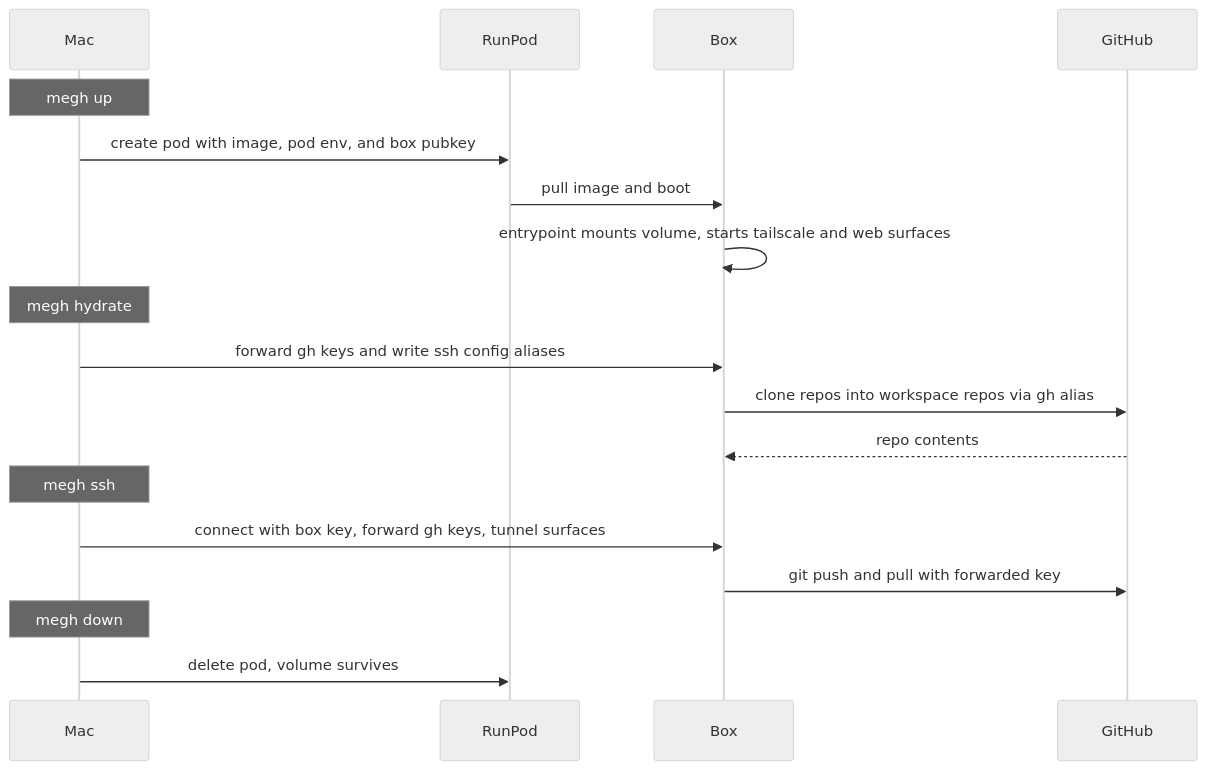
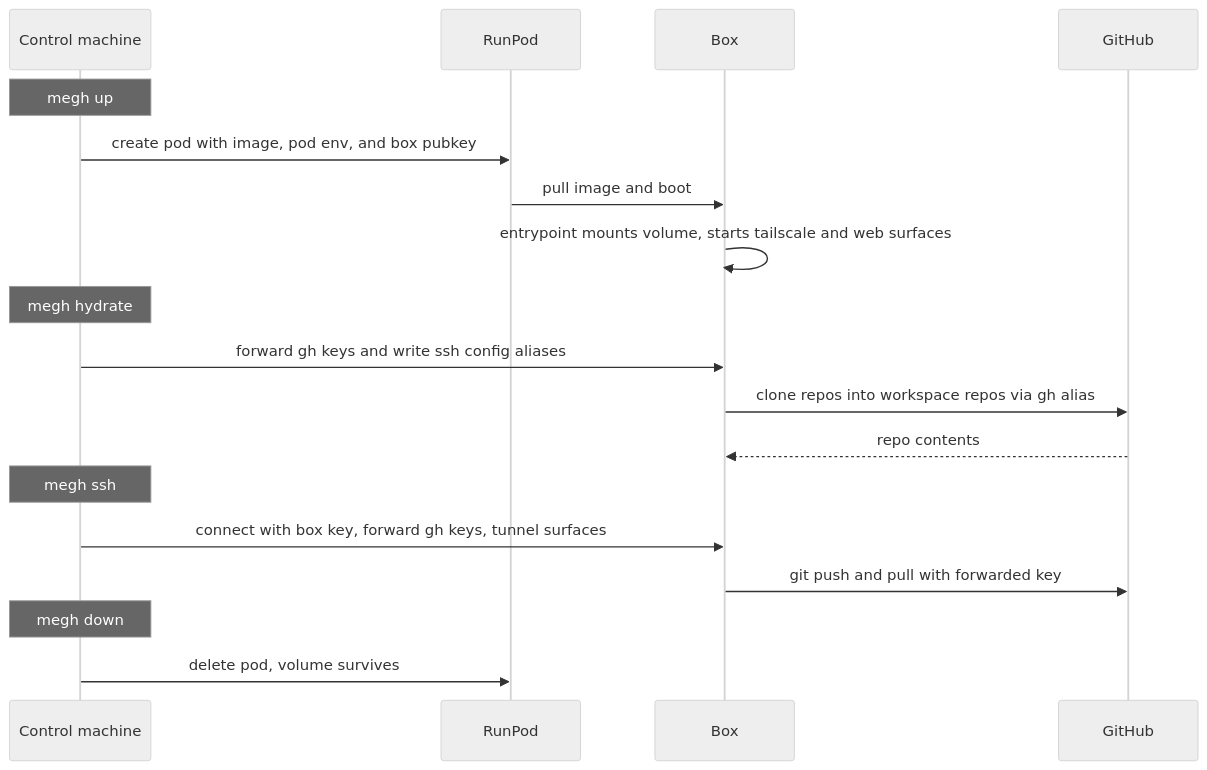
Before and after one commit to panyam/megh: the third of 5 diagrams in docs/LIFECYCLE.md, drawn with Mermaid (neutral theme). The commit also changed other lines of this file and 25 other files, not shown here.

````diff
--- a/docs/LIFECYCLE.md
+++ b/docs/LIFECYCLE.md
@@ -37,24 +37,24 @@
 ```mermaid
 sequenceDiagram
-  participant Mac
+  participant Control as Control machine
   participant RunPod
   participant VM as Box
   participant GitHub
 
-  Note over Mac: megh up
-  Mac->>RunPod: create pod with image, pod env, and box pubkey
+  Note over Control: megh up
+  Control->>RunPod: create pod with image, pod env, and box pubkey
   RunPod->>VM: pull image and boot
   VM->>VM: entrypoint mounts volume, starts tailscale and web surfaces
 
-  Note over Mac: megh hydrate
-  Mac->>VM: forward gh keys and write ssh config aliases
+  Note over Control: megh hydrate
+  Control->>VM: forward gh keys and write ssh config aliases
   VM->>GitHub: clone repos into workspace repos via gh alias
   GitHub-->>VM: repo contents
 
-  Note over Mac: megh ssh
-  Mac->>VM: connect with box key, forward gh keys, tunnel surfaces
+  Note over Control: megh ssh
+  Control->>VM: connect with box key, forward gh keys, tunnel surfaces
   VM->>GitHub: git push and pull with forwarded key
 
-  Note over Mac: megh down
-  Mac->>RunPod: delete pod, volume survives
+  Note over Control: megh down
+  Control->>RunPod: delete pod, volume survives
 ```
````
